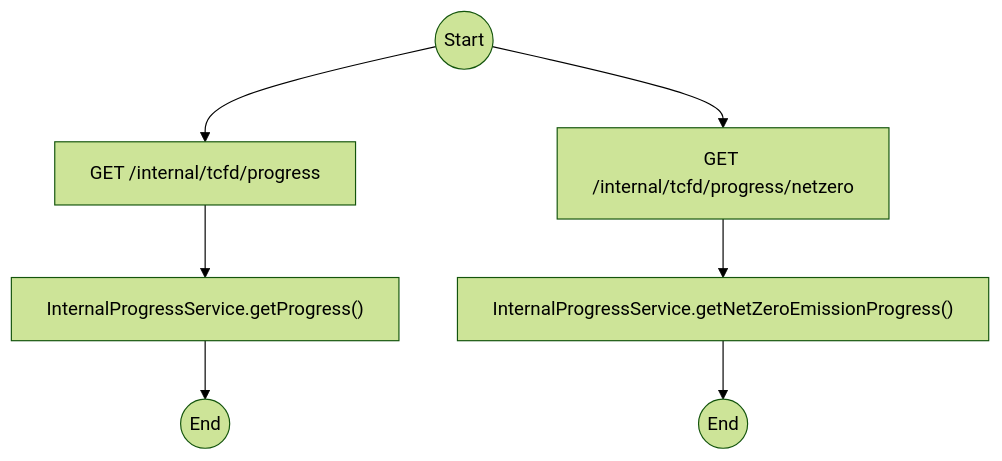
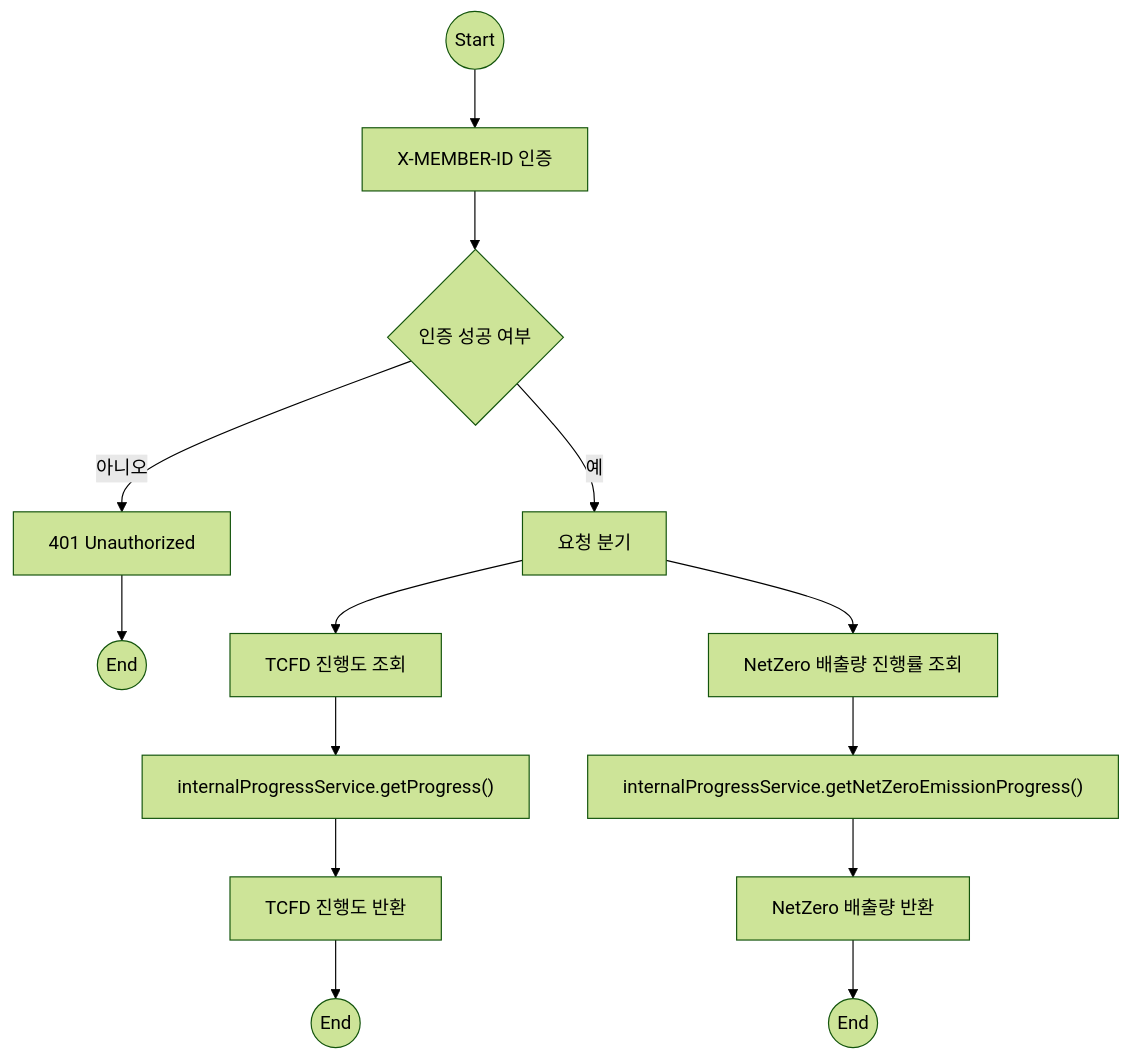
Before and after one commit to NextSpringMysqlMSA/tcfd-service: the fifth of 8 diagrams in README.md, drawn with Mermaid (forest theme). The commit also changed other lines of this file, not shown here.

Commit message:
refactor: flowchart 수정

````diff
--- a/README.md
+++ b/README.md
@@ -150,14 +164,22 @@
 ```mermaid
 flowchart TD
-  start((Start))
 
-  %% TCFD 종합 진행률 조회
-  start --> getProgress["GET /internal/tcfd/progress"]
-  getProgress --> callProgress["InternalProgressService.getProgress()"]
-  callProgress --> end1((End))
+%% 공통 시작 및 인증
+    Start((Start))
+    Start --> Auth["X-MEMBER-ID 인증"]
+    Auth --> AuthCheck{"인증 성공 여부"}
+    AuthCheck -- "아니오" --> Error401["401 Unauthorized"] --> EndErr((End))
+    AuthCheck -- "예" --> Router["요청 분기"]
 
-  %% NetZero 배출량 진행률 조회
-  start --> getNetZero["GET /internal/tcfd/progress/netzero"]
-  getNetZero --> callNetZero["InternalProgressService.getNetZeroEmissionProgress()"]
-  callNetZero --> end2((End))
+%% TCFD 진행도 조회
+    Router --> TCFDGet["TCFD 진행도 조회"]
+    TCFDGet --> SvcTCFD["internalProgressService.getProgress()"]
+    SvcTCFD --> RespTCFD["TCFD 진행도 반환"]
+    RespTCFD --> End1((End))
+
+%% NetZero 배출량 조회
+    Router --> NZGet["NetZero 배출량 진행률 조회"]
+    NZGet --> SvcNZ["internalProgressService.getNetZeroEmissionProgress()"]
+    SvcNZ --> RespNZ["NetZero 배출량 반환"]
+    RespNZ --> End2((End))
 ```
````
